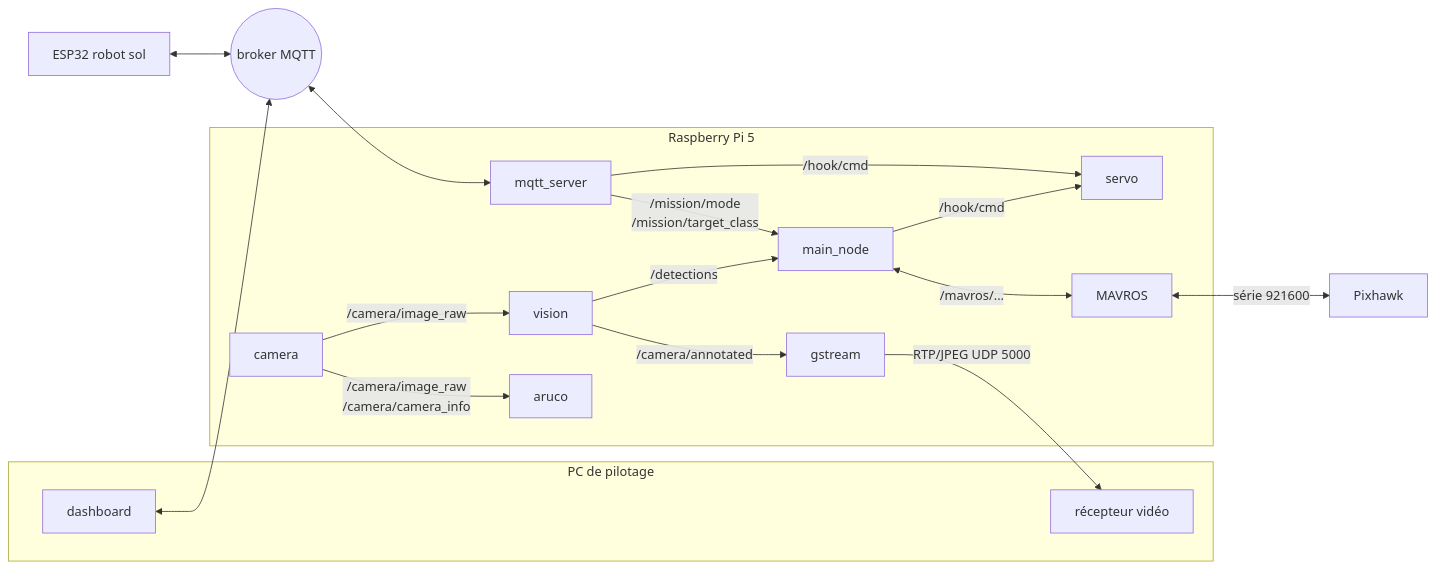
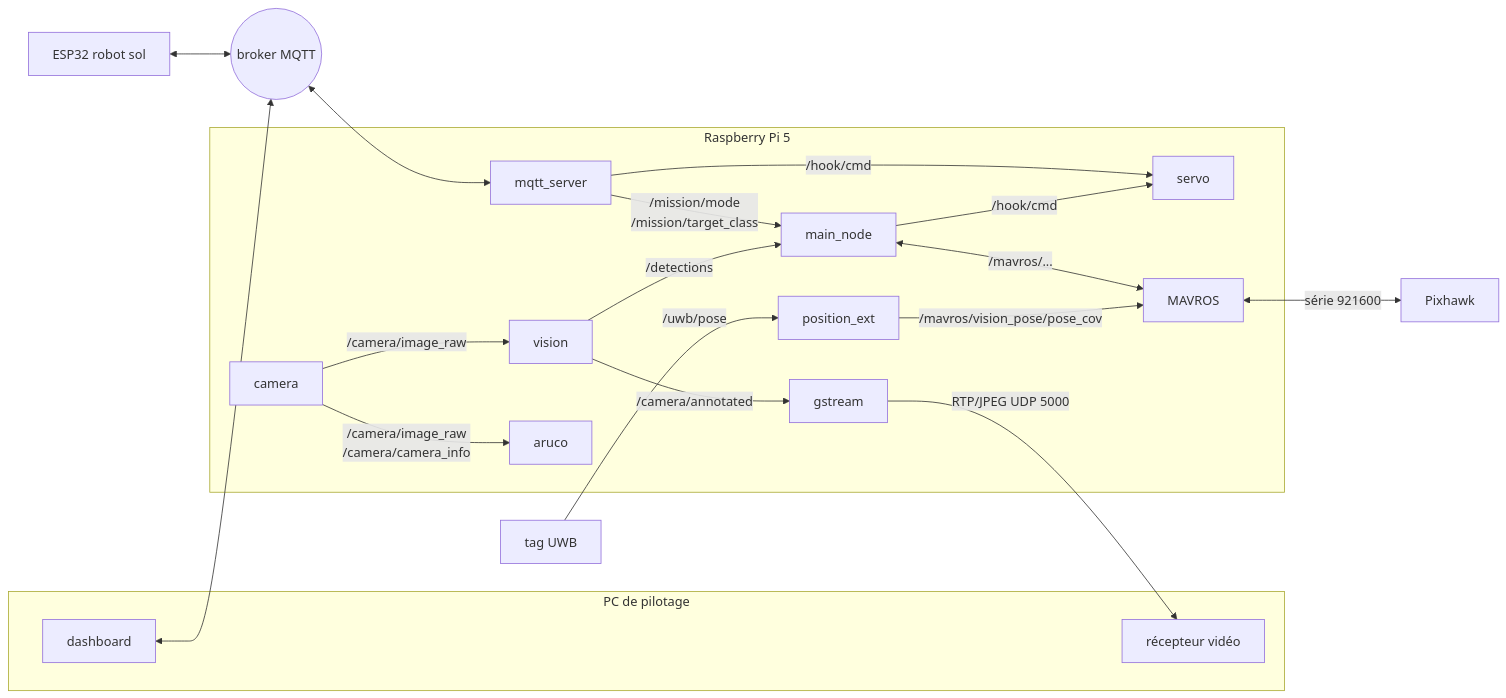
One commit to Valrobotik/DroneLoad changed the diagram in docs/architecture.md. Above: the diagram before and after it, drawn with Mermaid. The commit also changed other lines of this file and 15 other files, not shown here.

First line of the commit message:
Position UWB simulée fusionnée dans l'EKF (position_ext, uwb.param)

````diff
--- a/docs/architecture.md
+++ b/docs/architecture.md
@@ -37,34 +38,38 @@
 ```mermaid
 flowchart LR
   subgraph PC[PC de pilotage]
     dash[dashboard]
     vid[récepteur vidéo]
   end
   esp[ESP32 robot sol]
   broker((broker MQTT))
   subgraph Pi[Raspberry Pi 5]
     mqtt[mqtt_server]
     main[main_node]
     cam[camera]
     vis[vision]
     aru[aruco]
     gst[gstream]
     servo[servo]
+    pext[position_ext]
     mavros[MAVROS]
   end
   px[Pixhawk]
+  uwb[tag UWB]
 
   dash <--> broker
   esp <--> broker
   broker <--> mqtt
   mqtt -- /mission/mode<br>/mission/target_class --> main
   mqtt -- /hook/cmd --> servo
   main -- /hook/cmd --> servo
   cam -- /camera/image_raw --> vis
   cam -- /camera/image_raw<br>/camera/camera_info --> aru
   vis -- /detections --> main
   vis -- /camera/annotated --> gst
   gst -- RTP/JPEG UDP 5000 --> vid
   main <-- /mavros/... --> mavros
+  uwb -- /uwb/pose --> pext
+  pext -- /mavros/vision_pose/pose_cov --> mavros
   mavros <-- série 921600 --> px
 ```
````
